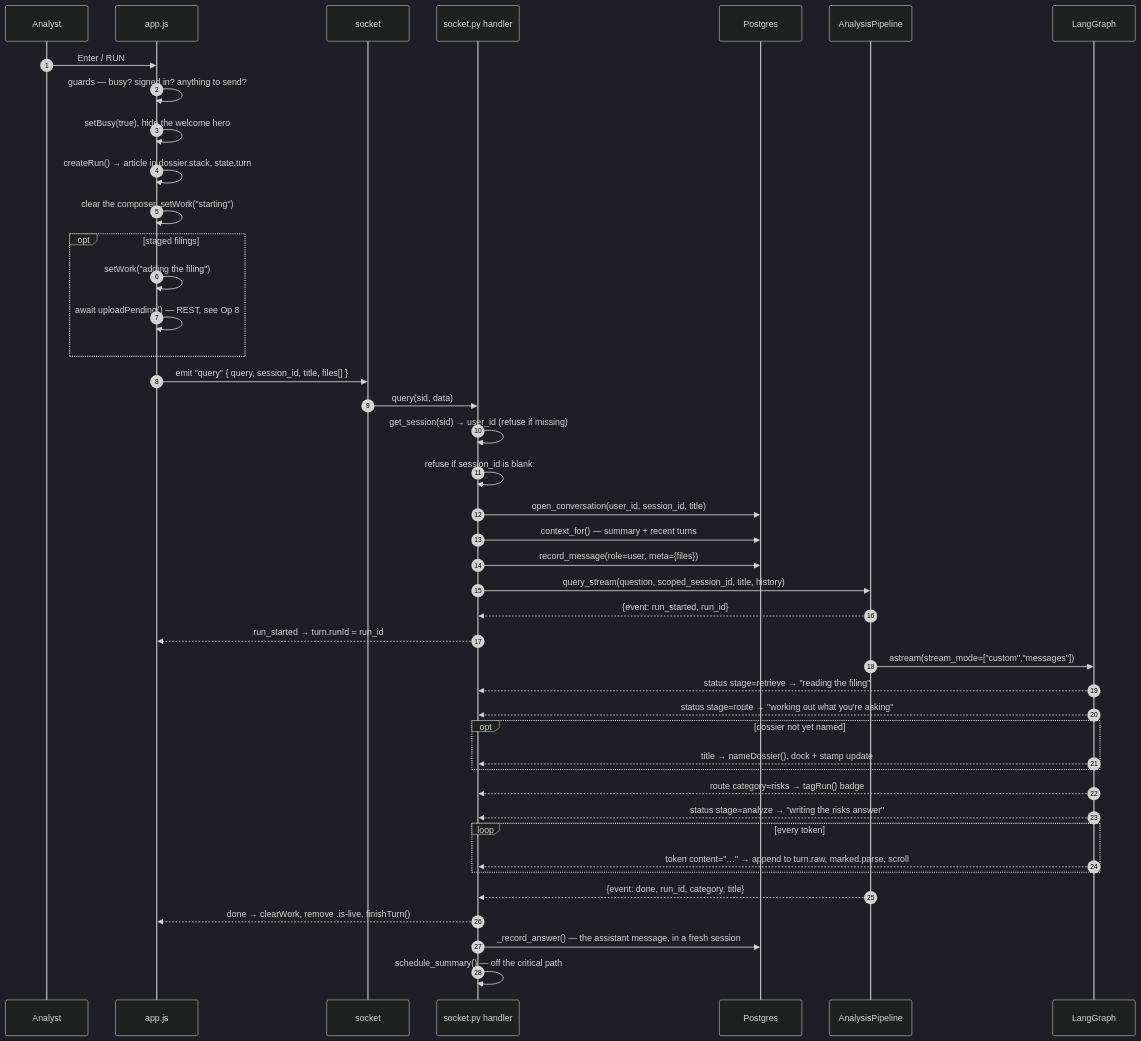
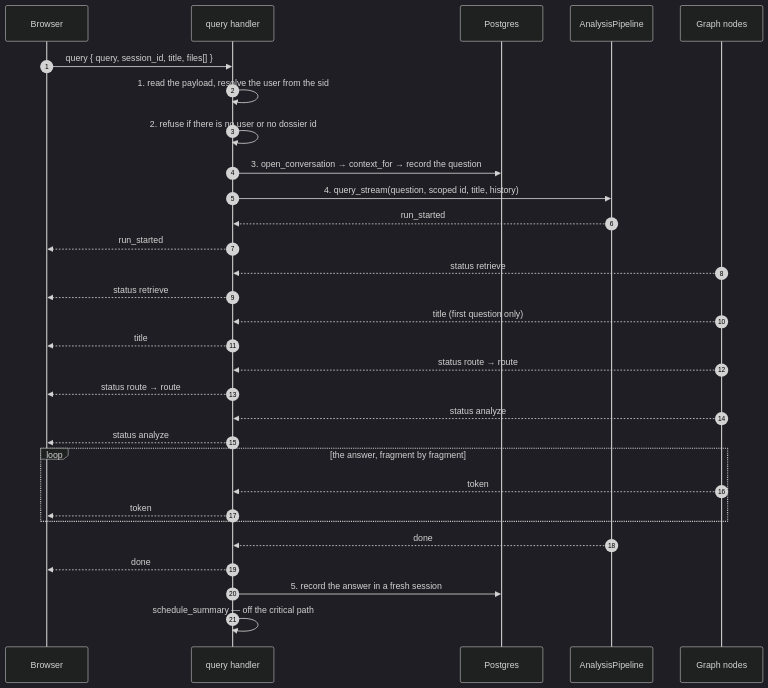
Before and after one commit to selvakumarperumal/Corporate_Filing_Analyzer_Agent: the eighth of 20 diagrams in docs/FRONTEND-SOCKETIO.md, drawn with Mermaid (dark theme). The commit also changed other lines of this file and 3 other files, not shown here.

````diff
--- a/docs/FRONTEND-SOCKETIO.md
+++ b/docs/FRONTEND-SOCKETIO.md
@@ -622,49 +538,35 @@
 ```mermaid
 sequenceDiagram
   autonumber
-  participant U as Analyst
-  participant App as app.js
-  participant S as socket
-  participant H as socket.py handler
+  participant B as Browser
+  participant H as query handler
   participant DB as Postgres
   participant P as AnalysisPipeline
-  participant G as LangGraph
+  participant G as Graph nodes
 
-  U->>App: Enter / RUN
-  App->>App: guards — busy? signed in? anything to send?
-  App->>App: setBusy(true), hide the welcome hero
-  App->>App: createRun() → article in dossier.stack, state.turn
-  App->>App: clear the composer, setWork("starting")
+  B->>H: query { query, session_id, title, files[] }
+  H->>H: 1. read the payload, resolve the user from the sid
+  H->>H: 2. refuse if there is no user or no dossier id
+  H->>DB: 3. open_conversation → context_for → record the question
+  H->>P: 4. query_stream(question, scoped id, title, history)
 
-  opt staged filings
-    App->>App: setWork("adding the filing")
-    App->>App: await uploadPending() — REST, see Op 8
+  P-->>H: run_started
+  H-->>B: run_started
+  G-->>H: status retrieve
+  H-->>B: status retrieve
+  G-->>H: title  (first question only)
+  H-->>B: title
+  G-->>H: status route → route
+  H-->>B: status route → route
+  G-->>H: status analyze
+  H-->>B: status analyze
+  loop the answer, fragment by fragment
+    G-->>H: token
+    H-->>B: token
   end
+  P-->>H: done
+  H-->>B: done
 
-  App->>S: emit "query" { query, session_id, title, files[] }
-  S->>H: query(sid, data)
-  H->>H: get_session(sid) → user_id  (refuse if missing)
-  H->>H: refuse if session_id is blank
-  H->>DB: open_conversation(user_id, session_id, title)
-  H->>DB: context_for() — summary + recent turns
-  H->>DB: record_message(role=user, meta={files})
-  H->>P: query_stream(question, scoped_session_id, title, history)
-
-  P-->>H: {event: run_started, run_id}
-  H-->>App: run_started            → turn.runId = run_id
-  P->>G: astream(stream_mode=["custom","messages"])
-  G-->>H: status stage=retrieve    → "reading the filing"
-  G-->>H: status stage=route       → "working out what you're asking"
-  opt dossier not yet named
-    G-->>H: title                  → nameDossier(), dock + stamp update
-  end
-  G-->>H: route category=risks     → tagRun() badge
-  G-->>H: status stage=analyze     → "writing the risks answer"
-  loop every token
-    G-->>H: token content="…"      → append to turn.raw, marked.parse, scroll
-  end
-  P-->>H: {event: done, run_id, category, title}
-  H-->>App: done                   → clearWork, remove .is-live, finishTurn()
-  H->>DB: _record_answer() — the assistant message, in a fresh session
-  H->>H: schedule_summary() — off the critical path
+  H->>DB: 5. record the answer in a fresh session
+  H->>H: schedule_summary — off the critical path
 ```
````
